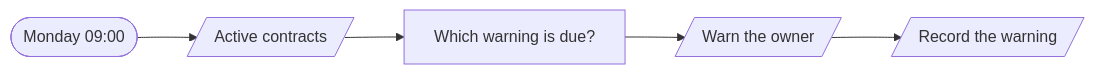
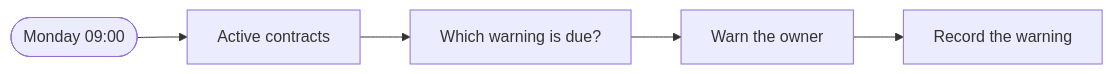
Before and after one commit to kimjoshuadr/n8n-workflows: the fourth of 4 diagrams in workflows/operations/README.md, drawn with Mermaid. The commit also changed other lines of this file and 184 other files, not shown here.

Commit message:
Finish the move to named platforms: blocks, BambooHR, generated README, schema and platform marks

````diff
--- a/workflows/operations/README.md
+++ b/workflows/operations/README.md
@@ -147,12 +147,12 @@
 ```mermaid
 flowchart LR
   n1pl3cmg(["Monday 09:00"])
-  n9kigby[/"Active contracts"/]
+  n9kigby["Active contracts"]
   nthq0tv["Which warning is due?"]
-  n1m8c29[/"Warn the owner"/]
-  n1il5c79[/"Record the warning"/]
+  n1m8c29["Warn the owner"]
+  n1il5c79["Record the warning"]
   n1pl3cmg --> n9kigby
   n9kigby --> nthq0tv
   nthq0tv --> n1m8c29
   n1m8c29 --> n1il5c79
 ```
````
